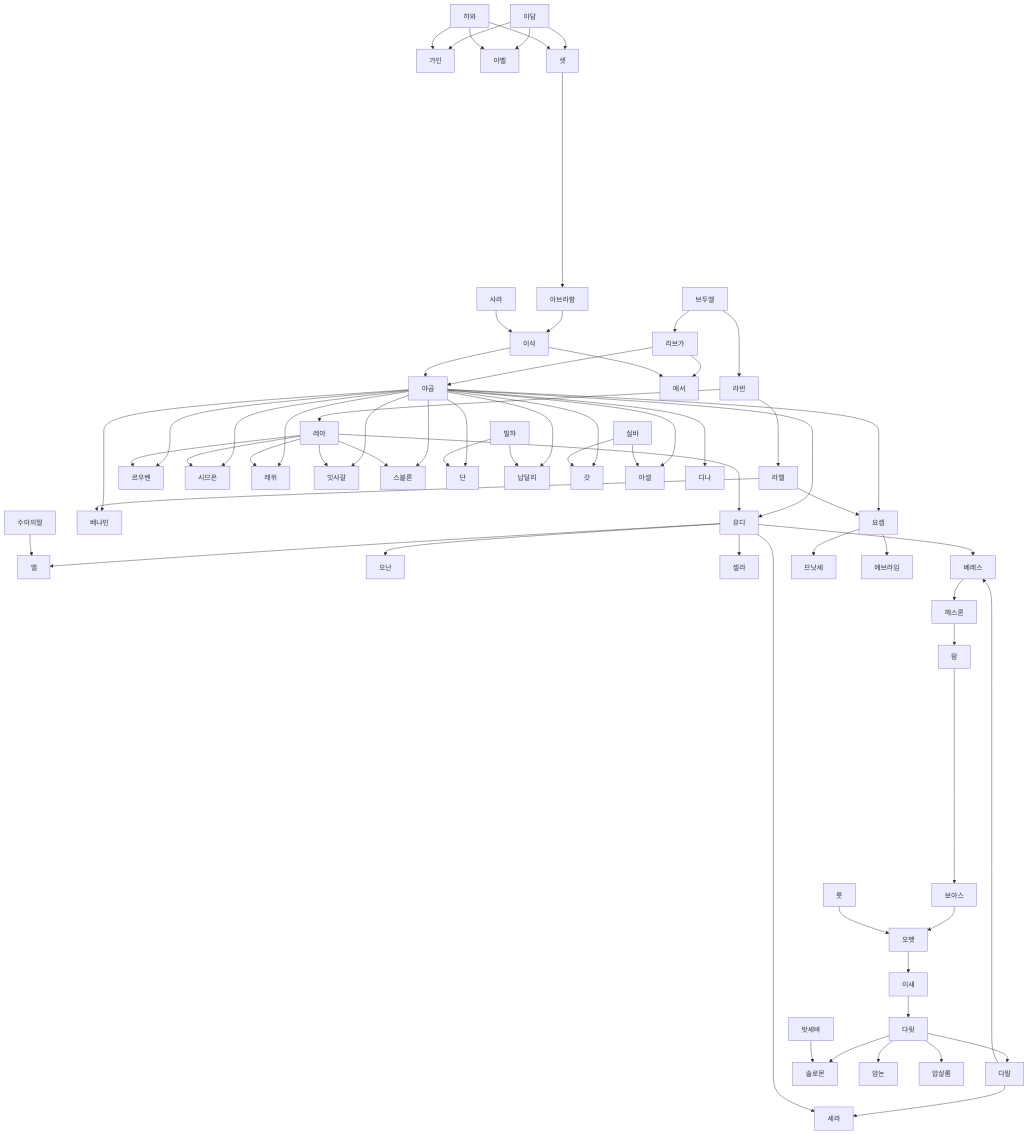
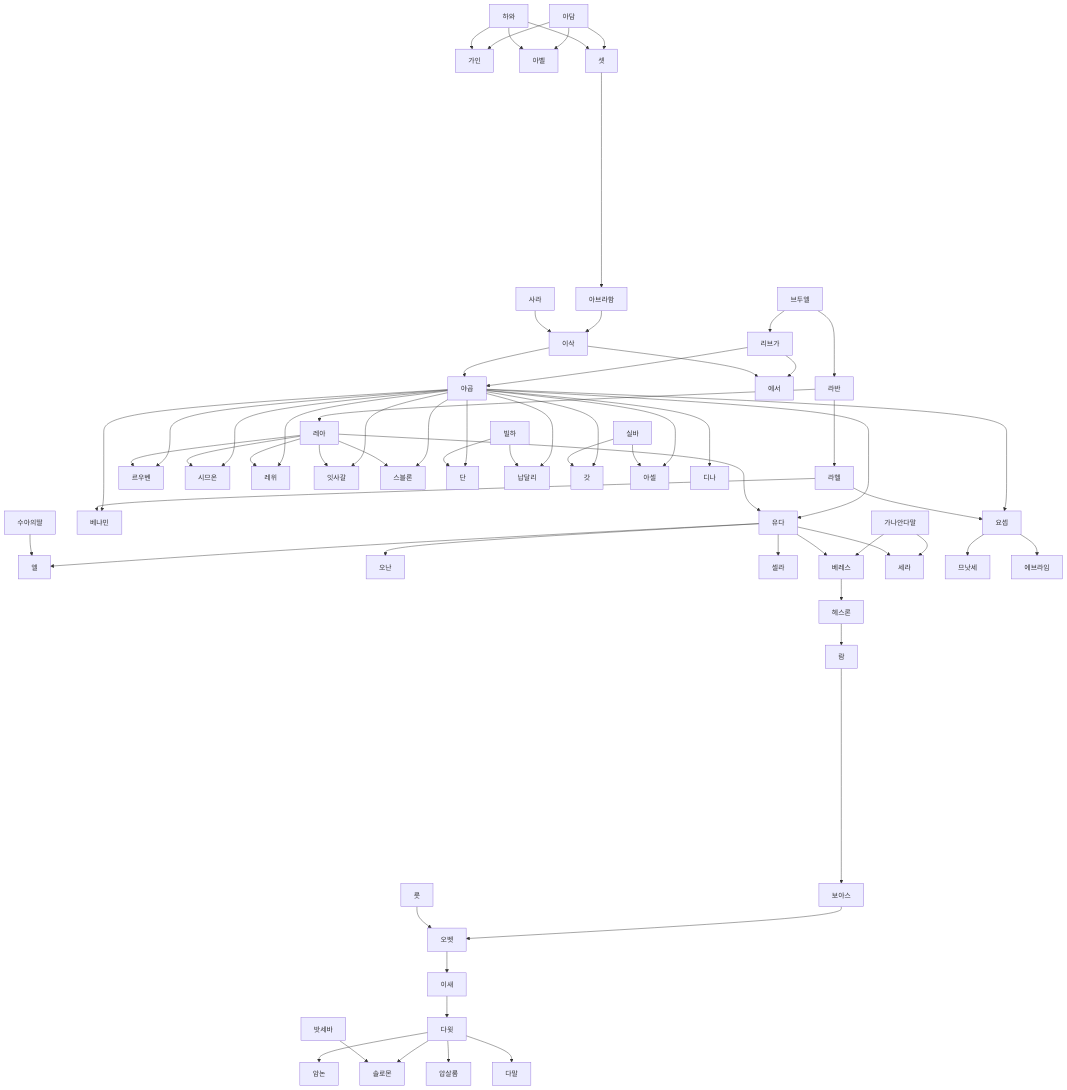
The diagram in 기독교/성경가계도.md (daewonyoon/historigram), drawn with Mermaid before and after one commit.

````diff
--- a/기독교/성경가계도.md
+++ b/기독교/성경가계도.md
@@ -1,83 +1,83 @@
 ```mermaid
 flowchart TD
 
  아담 --> 가인
  아담 --> 아벨
  아담 --> 셋
  
  하와 --> 가인
  하와 --> 아벨
  하와 --> 셋
  
  
  셋 -------------------> 아브라함 --> 이삭
  사라 --> 이삭
 
  브두엘 --> 리브가
  브두엘 --> 라반
 
  리브가 --> 에서
  리브가 --> 야곱
 
  라반 --> 라헬
  라반 --> 레아
  
  이삭 --> 야곱
  이삭 --> 에서
  
  야곱 ---> 르우벤
  야곱 ---> 시므온
  야곱 ---> 레위
  야곱 ----> 유다
  야곱 ---> 잇사갈
  야곱 ---> 스블론
  야곱 ---> 단
  야곱 ---> 납달리
  야곱 ---> 갓
  야곱 ---> 아셀
  야곱 ----> 베냐민
  야곱 ---> 디나
  야곱 ----> 요셉
  레아 --> 르우벤
  레아 --> 시므온
  레아 --> 레위
  레아 --> 유다
  빌하 --> 단
  빌하 --> 납달리
  실바 --> 갓
  실바 --> 아셀
  레아 --> 잇사갈
  레아 --> 스블론
  
  라헬 --> 요셉
  라헬 --> 베냐민
 
  유다 --> 엘
  유다 --> 오난
  유다 --> 셀라
  수아의딸 --> 엘
  
- 다말 --> 베레스
- 다말 --> 세라
+ 가나안다말 --> 베레스
+ 가나안다말 --> 세라
  유다 --> 베레스
  유다 --> 세라
  
  요셉 --> 므낫세
  요셉 --> 에브라임
  
  베레스 --> 헤스론 --> 람 -------------> 보아스
  
  보아스 --> 오벳
  룻 --> 오벳
  
  오벳 --> 이새 --> 다윗  --> 솔로몬
  
  다윗 --> 암논
  다윗 --> 압살롬
  다윗 --> 다말
  
  
  밧세바 --> 솔로몬
  
  
 ```
````
